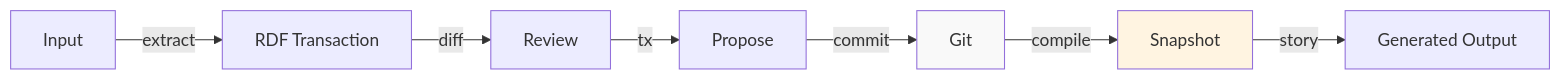
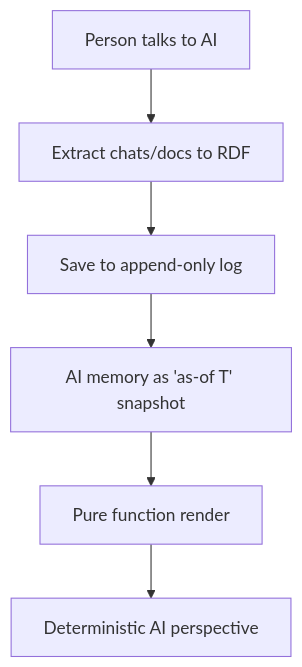
One commit to Synthetic-Identity-Co/conj-talk-2025 changed the fifth of 5 diagrams in conj-talk-2025.md. Above: the diagram before and after it, drawn with Mermaid. The commit also changed other lines of this file, not shown here.

Commit message:
story:  aa36dee566e9ae5eda5350c0c846cf7d6d216591

````diff
--- a/conj-talk-2025.md
+++ b/conj-talk-2025.md
@@ -447,12 +238,8 @@
 ```mermaid
-graph LR
-    A[Input] -->|extract| B[RDF Transaction]
-    B -->|diff| C[Review]
-    C -->|tx| D[Propose]
-    D -->|commit| E[Git]
-    E -->|compile| F[Snapshot]
-    F -->|story| G[Generated Output]
-    
-    style E fill:#f9f9f9
-    style F fill:#fff4e1
+graph TD
+    A[Person talks to AI] --> B[Extract chats/docs to RDF]
+    B --> C[Save to append-only log]
+    C --> D[AI memory as 'as-of T' snapshot]
+    D --> E[Pure function render]
+    E --> F[Deterministic AI perspective]
 ```
````
